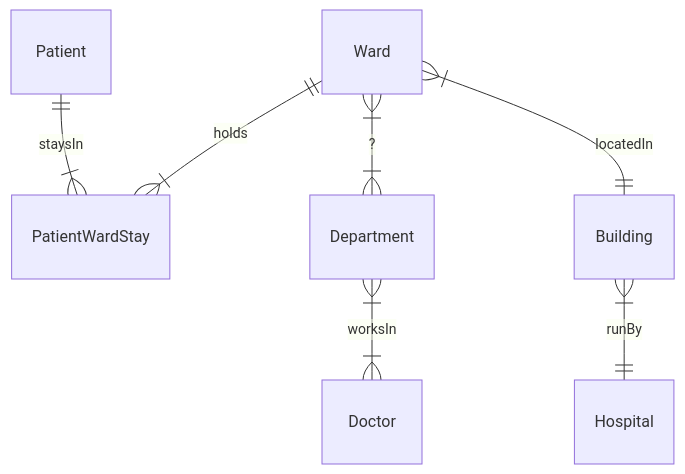
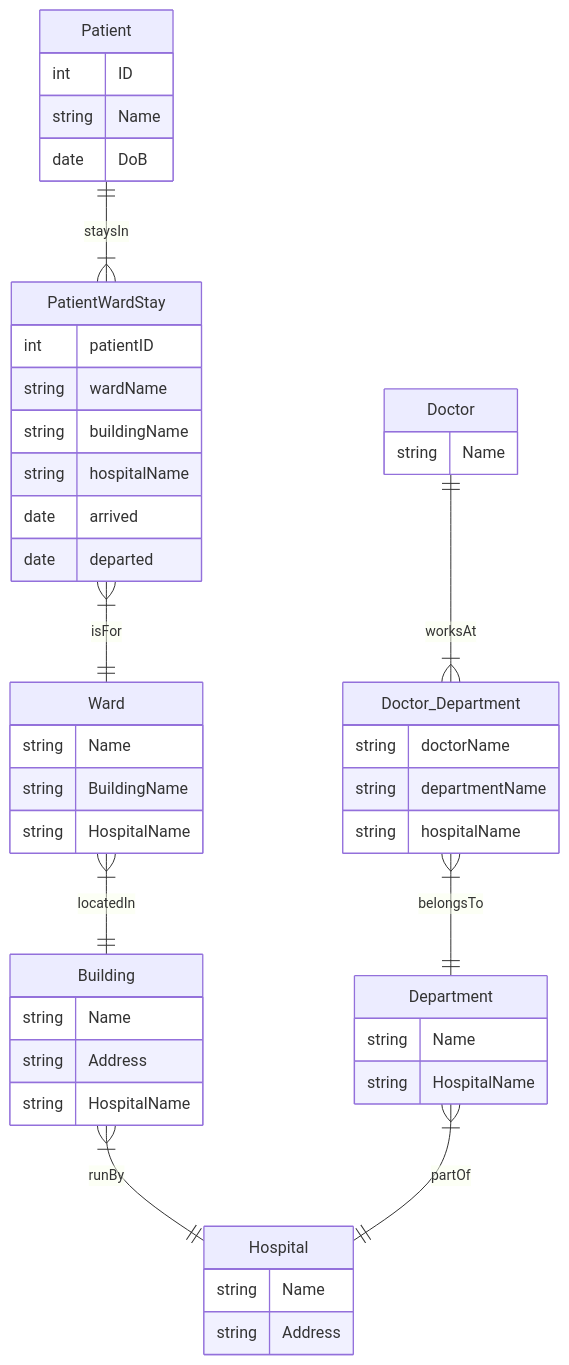
The diagram in Lectures/Solution Sheets - March 2022.md (sreent/data-management-intro), drawn with Mermaid before and after one commit. The commit also changed other lines of this file, not shown here.

````diff
--- a/Lectures/Solution Sheets - March 2022.md
+++ b/Lectures/Solution Sheets - March 2022.md
@@ -498,9 +496,63 @@
 ```mermaid
 erDiagram
+
+    Patient {
+        int ID
+        string Name
+        date DoB
+    }
+
+    Ward {
+        string Name
+        string BuildingName
+        string HospitalName
+    }
+
+    Building {
+        string Name
+        string Address
+        string HospitalName
+    }
+
+    Hospital {
+        string Name
+        string Address
+    }
+
+    Department {
+        string Name
+        string HospitalName
+    }
+
+    Doctor {
+        string Name
+    }
+
+    PatientWardStay {
+        int patientID
+        string wardName
+        string buildingName
+        string hospitalName
+        date arrived
+        date departed
+    }
+
+    Doctor_Department {
+        string doctorName
+        string departmentName
+        string hospitalName
+    }
+
+    %% Relationships
+
     Patient ||--|{ PatientWardStay : "staysIn"
-    Ward ||--|{ PatientWardStay : "holds"
-    Ward }|--|{ Department : "?"
-    Department }|--|{ Doctor : "worksIn"
+    PatientWardStay }|--|| Ward : "isFor"
+
     Ward }|--|| Building : "locatedIn"
     Building }|--|| Hospital : "runBy"
+
+    Department }|--|| Hospital : "partOf" 
+    Doctor ||--|{ Doctor_Department : "worksAt"
+    Doctor_Department }|--|| Department : "belongsTo"
+
 ```
````
